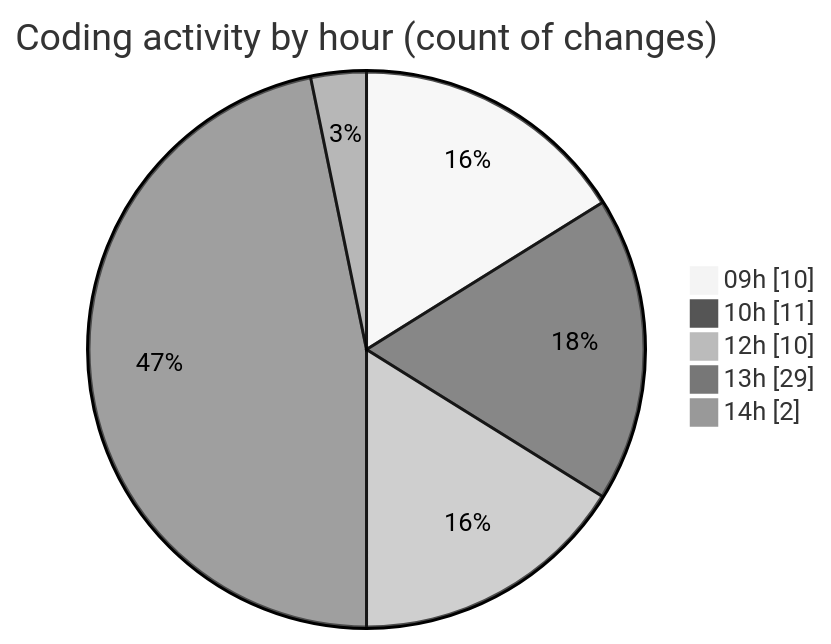
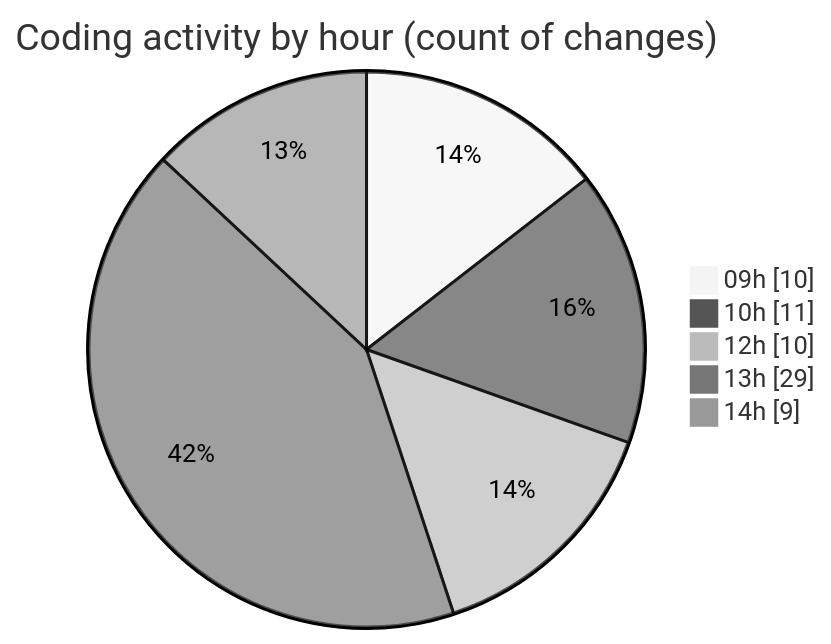
The second of 2 diagrams in 2025-09-12/cda/README.md (momahboobian/code-tracking), drawn with Mermaid (neutral theme) before and after one commit. The commit also changed other lines of this file and 1 other file, not shown here.

````diff
--- a/2025-09-12/cda/README.md
+++ b/2025-09-12/cda/README.md
@@ -42,9 +42,9 @@
 ```mermaid
 pie showData
 title Coding activity by hour (count of changes)
 "09h" : 10
 "10h" : 11
 "12h" : 10
 "13h" : 29
-"14h" : 2
+"14h" : 9
 ```
````
